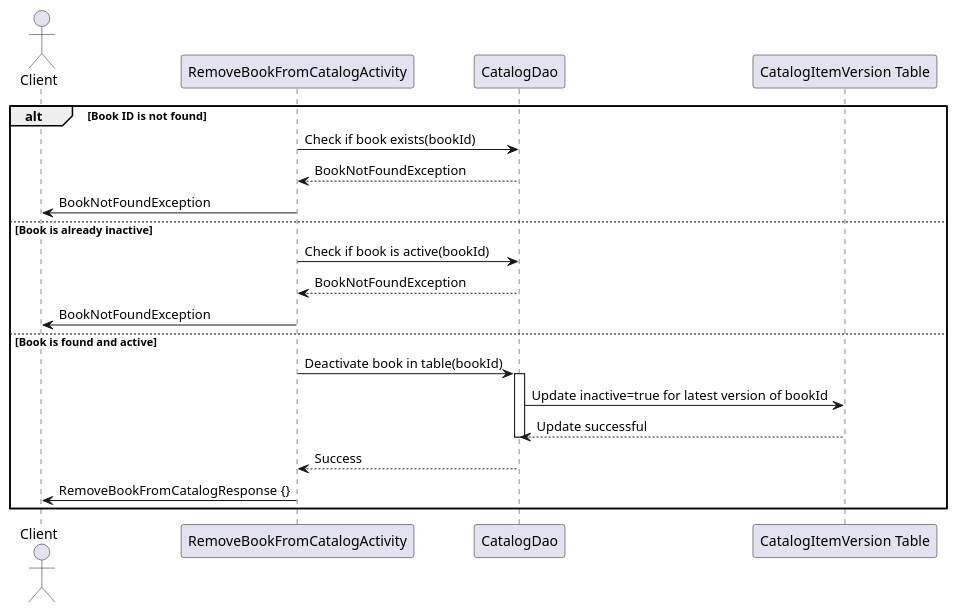
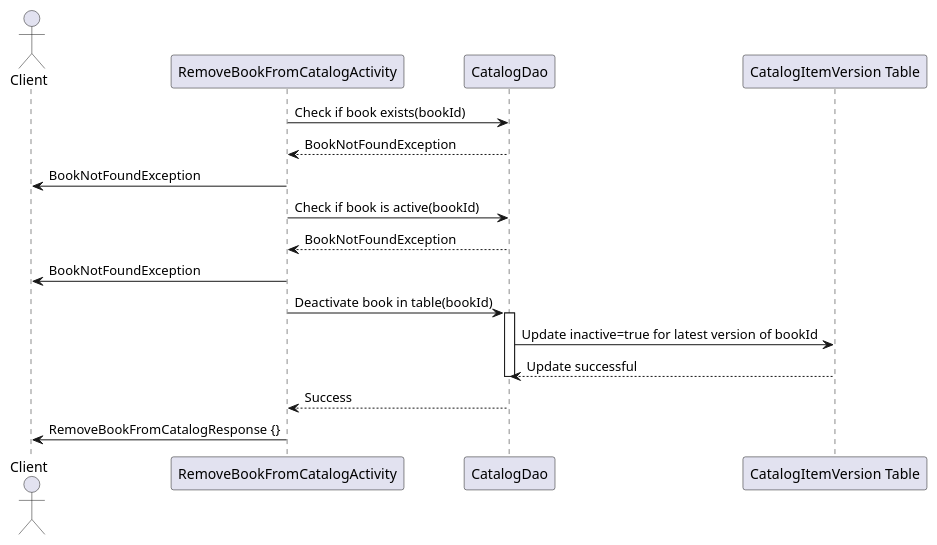
Before and after one commit to Mason13Miles/bd-KindlePublishingService: the diagram in src/resources/mastery-task1-remove-book-SD.puml, drawn with PlantUML. The commit also changed 10 other files, not shown here.

```diff
--- a/src/resources/mastery-task1-remove-book-SD.puml
+++ b/src/resources/mastery-task1-remove-book-SD.puml
@@ -2,29 +2,29 @@
 @startuml
 actor Client
 participant "RemoveBookFromCatalogActivity" as API
-participant "CatalogDao" as CS
+participant "CatalogDao" as CD
 participant "CatalogItemVersion Table" as Table
 
 
-alt Book ID is not found
-    API -> CS: Check if book exists(bookId)
-    CS --> API: BookNotFoundException
+
+    API -> CD: Check if book exists(bookId)
+    CD --> API: BookNotFoundException
     API -> Client: BookNotFoundException
     deactivate API
-else Book is already inactive
-    API -> CS: Check if book is active(bookId)
-    CS --> API: BookNotFoundException
+
+    API -> CD: Check if book is active(bookId)
+    CD --> API: BookNotFoundException
     API -> Client: BookNotFoundException
     deactivate API
-else Book is found and active
-    API -> CS: Deactivate book in table(bookId)
-    activate CS
-    CS -> Table: Update inactive=true for latest version of bookId
-    Table --> CS: Update successful
-    deactivate CS
-    CS --> API: Success
+
+    API -> CD: Deactivate book in table(bookId)
+    activate CD
+    CD -> Table: Update inactive=true for latest version of bookId
+    Table --> CD: Update successful
+    deactivate CD
+    CD --> API: Success
     API -> Client: RemoveBookFromCatalogResponse {}
     deactivate API
-end
+
 
 @enduml
```
